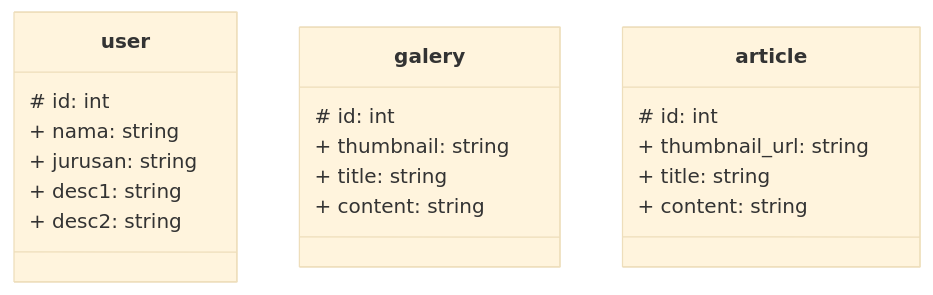
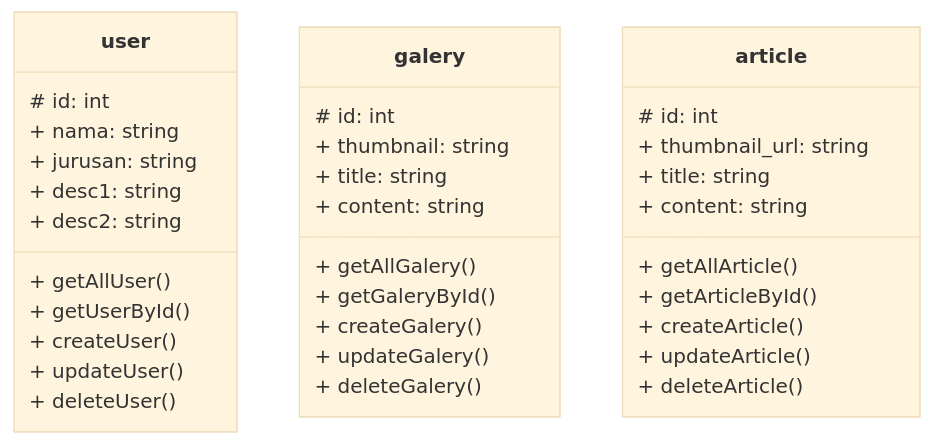
Before and after one commit to ersapuspita/Tekweb2022.github.io: the diagram in content/myapi_point.md, drawn with Mermaid (base theme).

````diff
--- a/content/myapi_point.md
+++ b/content/myapi_point.md
@@ -327,22 +327,37 @@
 ```mermaid
 classDiagram
     class user{
         # id: int
         + nama: string
         + jurusan: string
         + desc1: string
         + desc2: string
+        + getAllUser()
+        + getUserById()
+        + createUser()
+        + updateUser()
+        + deleteUser()
     }
     class galery{
         # id: int
         + thumbnail: string
         + title: string
         + content: string
+        + getAllGalery()
+        + getGaleryById()
+        + createGalery()
+        + updateGalery()
+        + deleteGalery()
     }
     class article{
         # id: int
         + thumbnail_url: string
         + title: string
         + content: string
+        + getAllArticle()
+        + getArticleById()
+        + createArticle()
+        + updateArticle()
+        + deleteArticle()
     }
 ```
````
